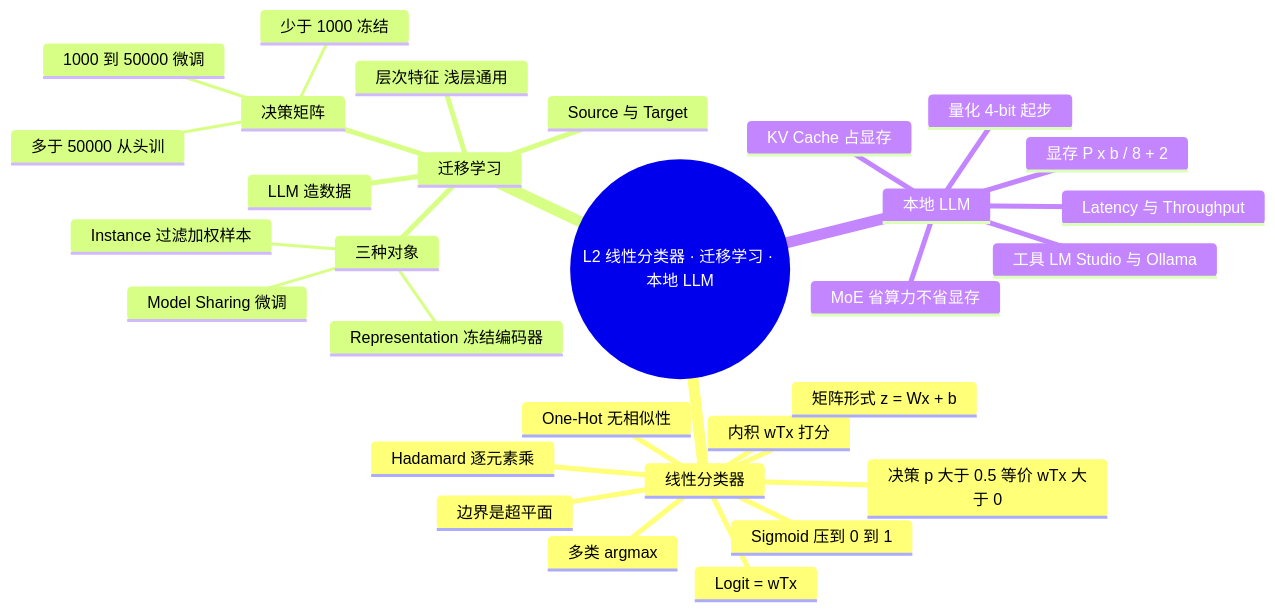
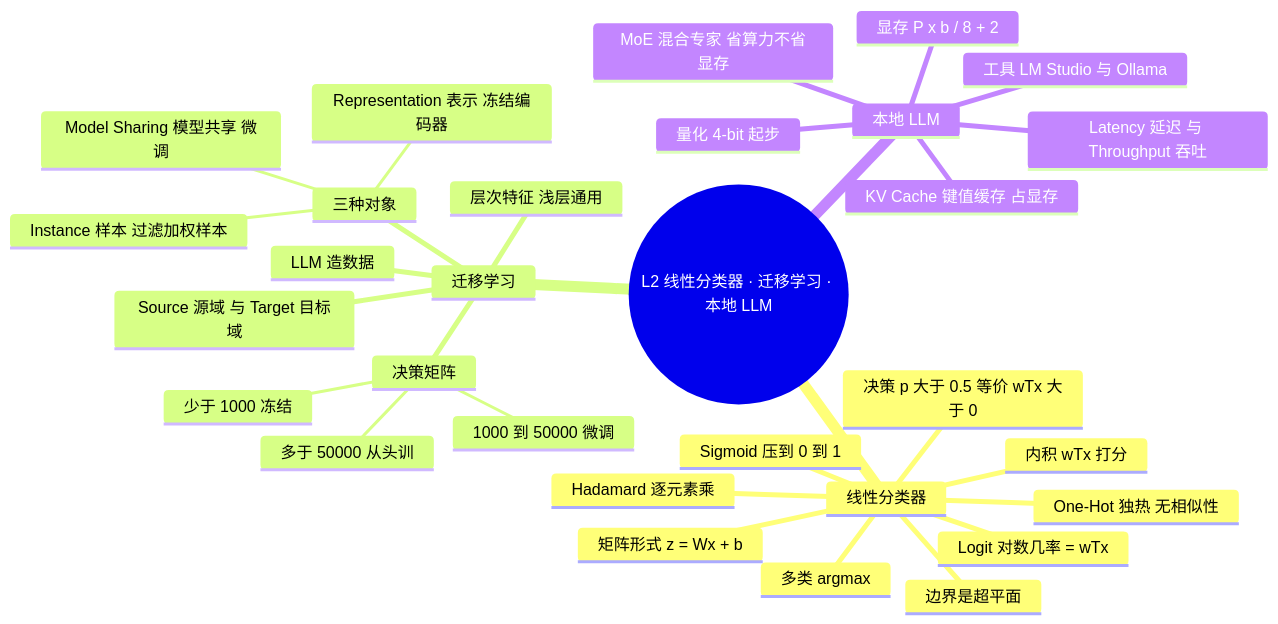
One commit to gujunyang/STAT6207 changed the first of 2 diagrams in stat6207-learning/lectures/L2/L2_outline.md. Above: the diagram before and after it, drawn with Mermaid. The commit also changed other lines of this file and 19 other files, not shown here.

````diff
--- a/stat6207-learning/lectures/L2/L2_outline.md
+++ b/stat6207-learning/lectures/L2/L2_outline.md
@@ -23,33 +24,33 @@
 ```mermaid
 mindmap
   root((L2 线性分类器 · 迁移学习 · 本地 LLM))
     线性分类器
       内积 wTx 打分
       Hadamard 逐元素乘
       Sigmoid 压到 0 到 1
-      Logit = wTx
+      Logit 对数几率 = wTx
       决策 p 大于 0.5 等价 wTx 大于 0
       多类 argmax
       边界是超平面
       矩阵形式 z = Wx + b
-      One-Hot 无相似性
+      One-Hot 独热 无相似性
     迁移学习
-      Source 与 Target
+      Source 源域 与 Target 目标域
       层次特征 浅层通用
       三种对象
-        Representation 冻结编码器
-        Model Sharing 微调
-        Instance 过滤加权样本
+        Representation 表示 冻结编码器
+        Model Sharing 模型共享 微调
+        Instance 样本 过滤加权样本
       决策矩阵
         少于 1000 冻结
         1000 到 50000 微调
         多于 50000 从头训
       LLM 造数据
     本地 LLM
       显存 P x b / 8 + 2
       量化 4-bit 起步
-      MoE 省算力不省显存
-      KV Cache 占显存
-      Latency 与 Throughput
+      MoE 混合专家 省算力不省显存
+      KV Cache 键值缓存 占显存
+      Latency 延迟 与 Throughput 吞吐
       工具 LM Studio 与 Ollama
 ```
````
